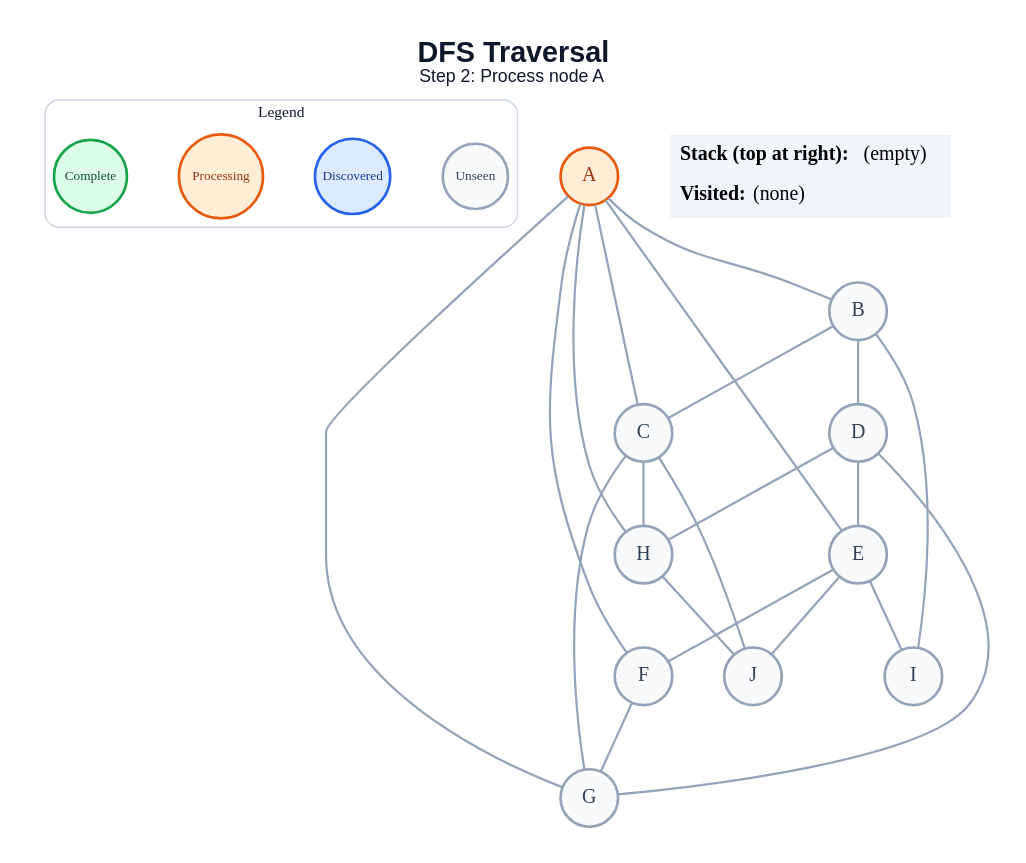
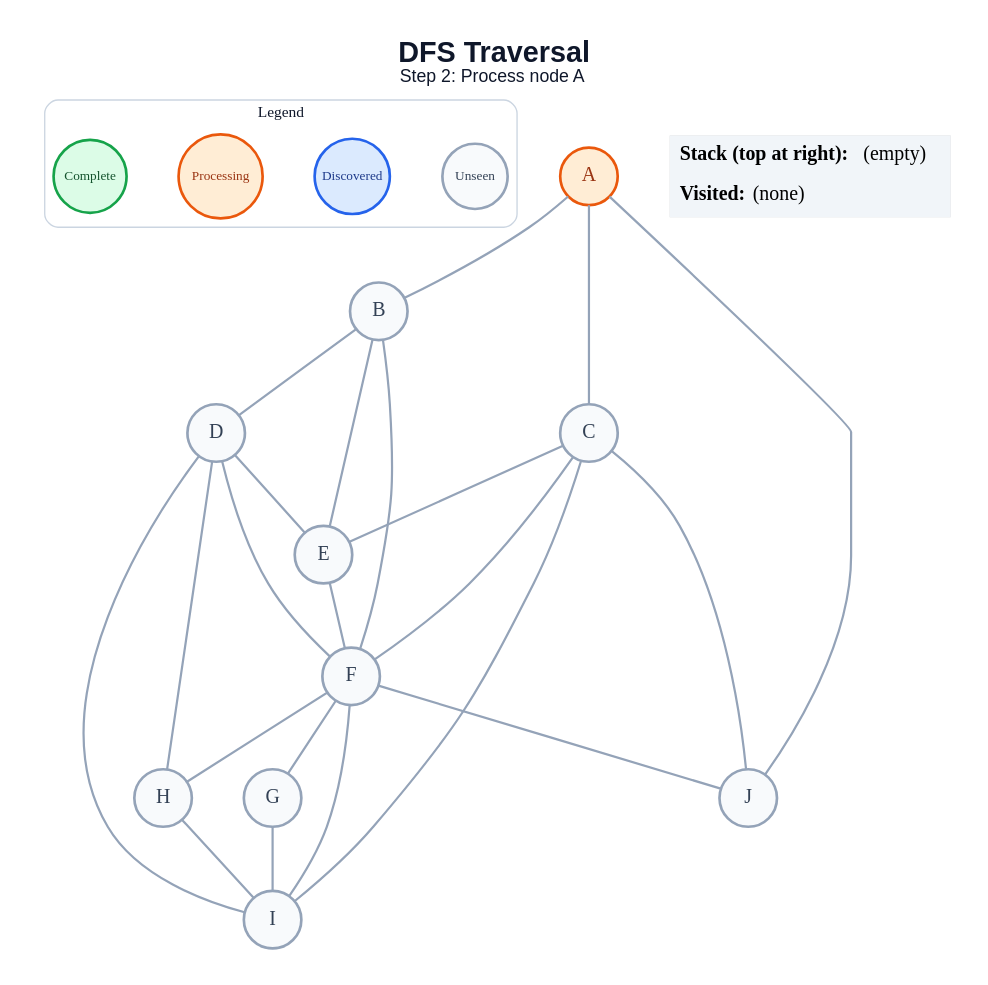
Before and after one commit to amanghodawala9/ai-slop: the diagram in generated/dfs/step_02.dot, drawn with Graphviz. The commit also changed 178 other files, not shown here.

```diff
--- a/generated/dfs/step_02.dot
+++ b/generated/dfs/step_02.dot
@@ -1,49 +1,50 @@
 graph traversal {
   graph [layout=dot, rankdir=TB, bgcolor="#FFFFFF", pad="0.35", nodesep="0.65", ranksep="0.8", fontname="Arial"];
   node [shape=circle, style="filled", fontname="Arial Bold", fontsize=18, width=0.72, fixedsize=true, penwidth=2.4];
   edge [color="#94A3B8", penwidth=2.0];
   label=<<B>DFS Traversal</B><BR/><FONT POINT-SIZE="16">Step 2: Process node A</FONT>>; labelloc="t"; fontsize=26; fontname="Arial"; fontcolor="#0F172A";
   subgraph cluster_legend { label="Legend"; color="#CBD5E1"; penwidth=1.2; style="rounded"; fontsize=14; fontname="Arial Bold";
     key_unseen [label="Unseen", fillcolor="#F8FAFC", color="#94A3B8", fontcolor="#334155", fontsize=12, width=0.82];
     key_frontier [label="Discovered", fillcolor="#DBEAFE", color="#2563EB", fontcolor="#1E3A8A", fontsize=12, width=0.95];
     key_current [label="Processing", fillcolor="#FFEDD5", color="#EA580C", fontcolor="#9A3412", fontsize=12, width=1.05];
     key_done [label="Complete", fillcolor="#DCFCE7", color="#16A34A", fontcolor="#14532D", fontsize=12, width=0.92];
     { rank=same; key_unseen; key_frontier; key_current; key_done; }
   }
   A [fillcolor="#FFEDD5", color="#EA580C", fontcolor="#9A3412"];
   B [fillcolor="#F8FAFC", color="#94A3B8", fontcolor="#334155"];
   C [fillcolor="#F8FAFC", color="#94A3B8", fontcolor="#334155"];
   D [fillcolor="#F8FAFC", color="#94A3B8", fontcolor="#334155"];
   E [fillcolor="#F8FAFC", color="#94A3B8", fontcolor="#334155"];
   F [fillcolor="#F8FAFC", color="#94A3B8", fontcolor="#334155"];
   G [fillcolor="#F8FAFC", color="#94A3B8", fontcolor="#334155"];
   H [fillcolor="#F8FAFC", color="#94A3B8", fontcolor="#334155"];
   I [fillcolor="#F8FAFC", color="#94A3B8", fontcolor="#334155"];
   J [fillcolor="#F8FAFC", color="#94A3B8", fontcolor="#334155"];
   A -- B;
   A -- C;
-  A -- E;
-  A -- F;
-  A -- G;
-  A -- H;
-  B -- C;
+  A -- J;
   B -- D;
-  B -- I;
-  C -- G;
-  C -- H;
+  B -- E;
+  B -- F;
+  C -- E;
+  C -- F;
+  C -- I;
   C -- J;
   D -- E;
-  D -- G;
+  D -- F;
   D -- H;
+  D -- I;
   E -- F;
-  E -- I;
-  E -- J;
   F -- G;
-  H -- J;
+  F -- H;
+  F -- I;
+  F -- J;
+  G -- I;
+  H -- I;
   status [shape=plain, fixedsize=false, width=0, height=0, margin=0, label=<
     <TABLE BORDER="0" CELLBORDER="0" CELLPADDING="7" BGCOLOR="#F1F5F9">
       <TR><TD ALIGN="LEFT"><B>Stack (top at right):</B> (empty)</TD></TR>
       <TR><TD ALIGN="LEFT"><B>Visited:</B> (none)</TD></TR>
     </TABLE>
   >];
 }
```
